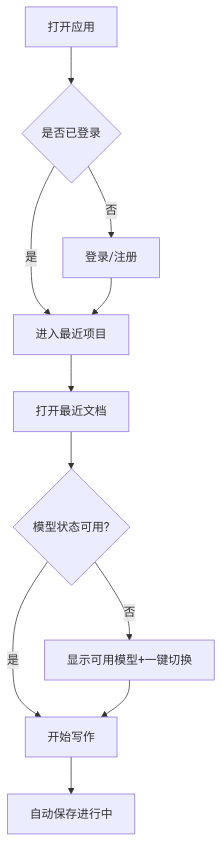
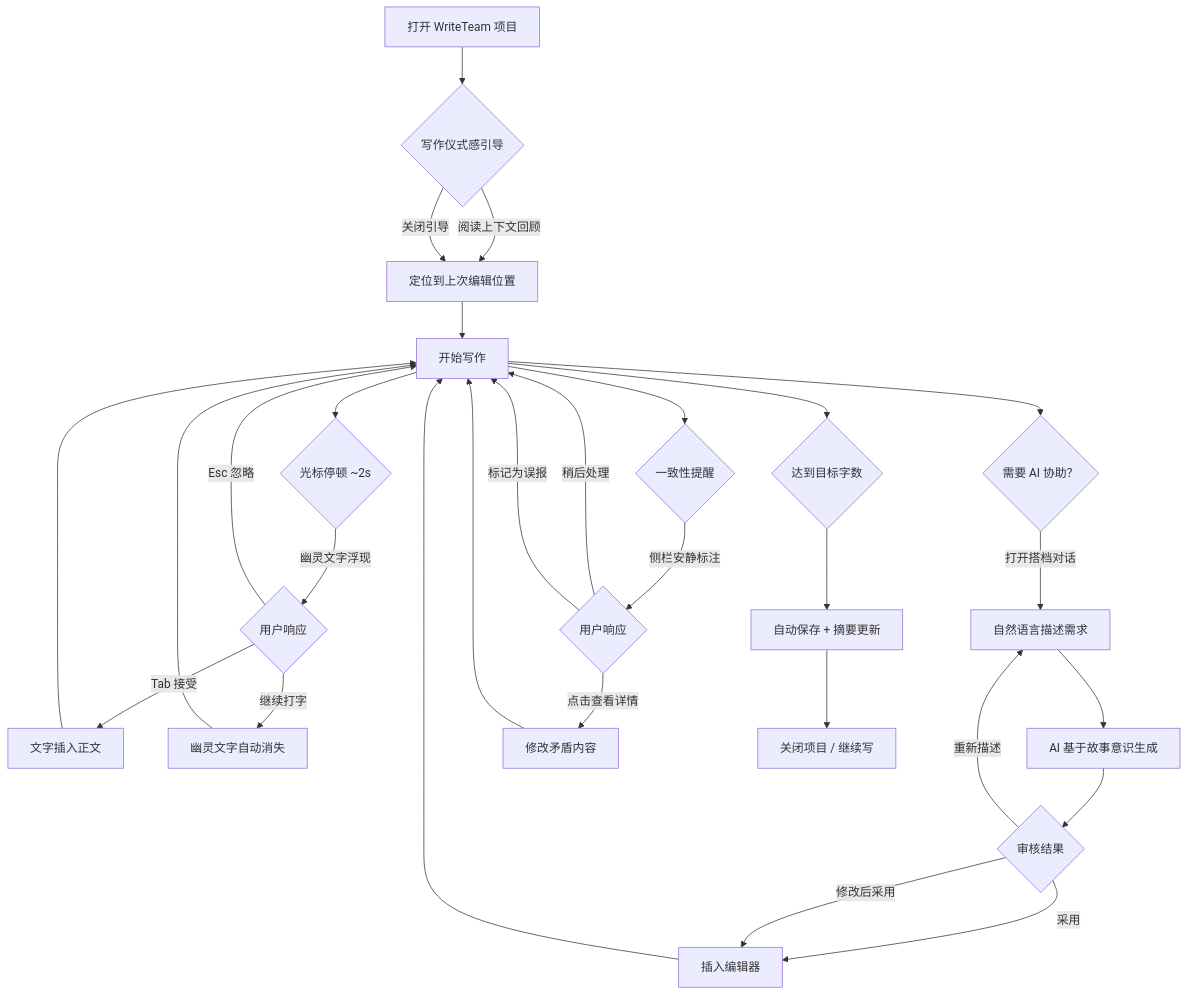
The first of 3 diagrams in _bmad-output/planning-artifacts/ux-design-specification.md (Elij-0402/writeteam), drawn with Mermaid before and after one commit. The commit also changed other lines of this file and 10 other files, not shown here.

````diff
--- a/_bmad-output/planning-artifacts/ux-design-specification.md
+++ b/_bmad-output/planning-artifacts/ux-design-specification.md
@@ -404,13 +542,35 @@
 ```mermaid
 flowchart TD
-  A[打开应用] --> B{是否已登录}
-  B -- 否 --> C[登录/注册]
-  B -- 是 --> D[进入最近项目]
-  C --> D
-  D --> E[打开最近文档]
-  E --> F{模型状态可用?}
-  F -- 是 --> G[开始写作]
-  F -- 否 --> H[显示可用模型+一键切换]
-  H --> G
-  G --> I[自动保存进行中]
+    A[打开 WriteTeam 项目] --> B{写作仪式感引导}
+    B --> |阅读上下文回顾| C[定位到上次编辑位置]
+    B --> |关闭引导| C
+    C --> D[开始写作]
+
+    D --> E{光标停顿 ~2s}
+    E --> |幽灵文字浮现| F{用户响应}
+    F --> |Tab 接受| G[文字插入正文]
+    F --> |Esc 忽略| D
+    F --> |继续打字| H[幽灵文字自动消失]
+    G --> D
+    H --> D
+
+    D --> I{需要 AI 协助？}
+    I --> |打开搭档对话| J[自然语言描述需求]
+    J --> K[AI 基于故事意识生成]
+    K --> L{审核结果}
+    L --> |采用| M[插入编辑器]
+    L --> |修改后采用| M
+    L --> |重新描述| J
+    M --> D
+
+    D --> N{一致性提醒}
+    N --> |侧栏安静标注| O{用户响应}
+    O --> |点击查看详情| P[修改矛盾内容]
+    O --> |稍后处理| D
+    O --> |标记为误报| D
+    P --> D
+
+    D --> Q{达到目标字数}
+    Q --> R[自动保存 + 摘要更新]
+    R --> S[关闭项目 / 继续写]
 ```
````
